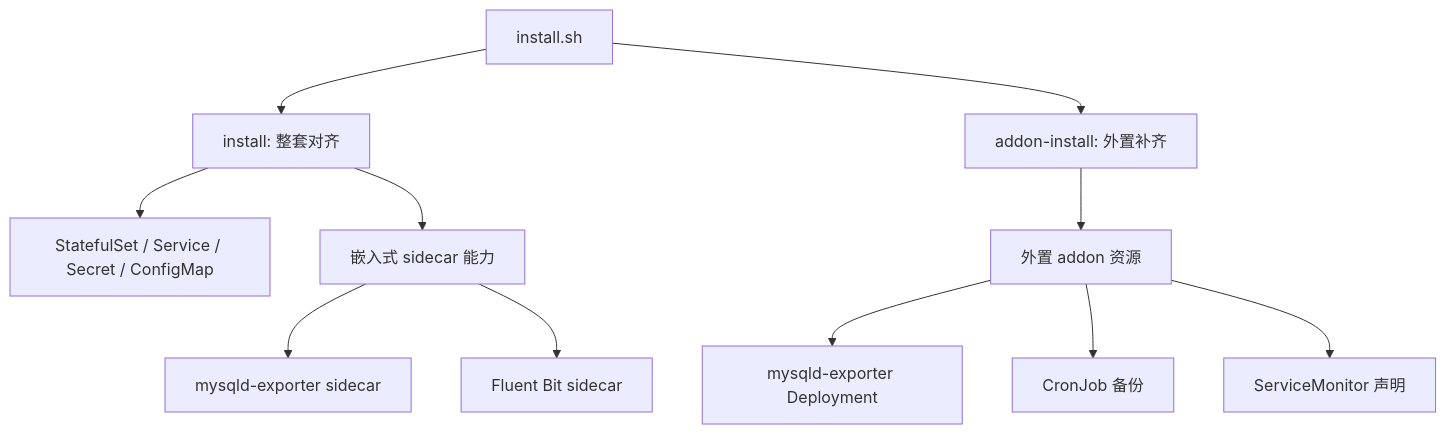
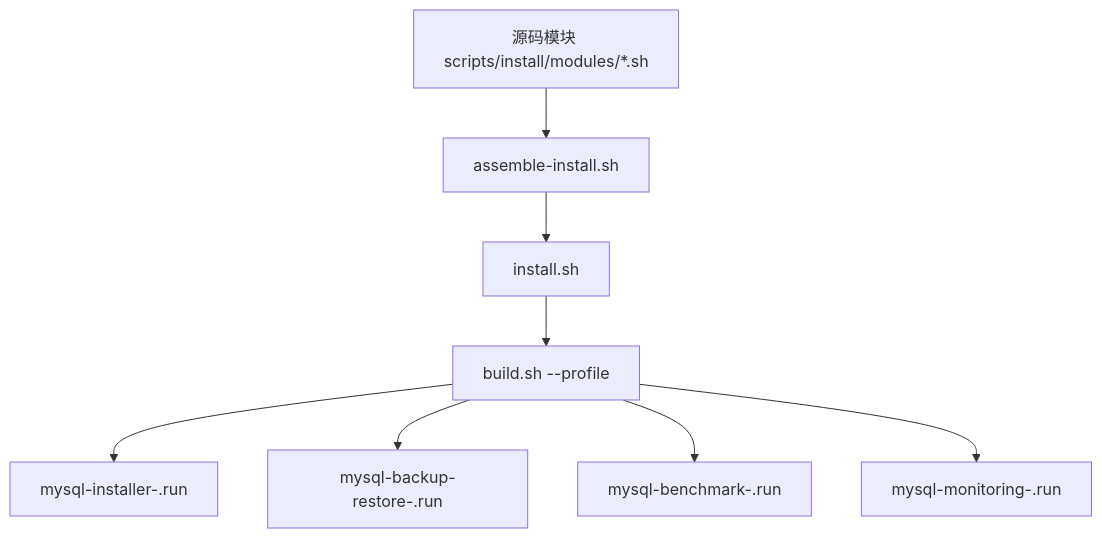
The first of 2 diagrams in docs/ARCHITECTURE.zh-CN.md (archinfra/apps_mysql), drawn with Mermaid before and after one commit. The commit also changed other lines of this file and 23 other files, not shown here.

````diff
--- a/docs/ARCHITECTURE.zh-CN.md
+++ b/docs/ARCHITECTURE.zh-CN.md
@@ -19,15 +16,10 @@
 ```mermaid
 flowchart TD
-    A["install.sh"] --> B["install: 整套对齐"]
-    A --> C["addon-install: 外置补齐"]
-
-    B --> D["StatefulSet / Service / Secret / ConfigMap"]
-    B --> E["嵌入式 sidecar 能力"]
-    E --> F["mysqld-exporter sidecar"]
-    E --> G["Fluent Bit sidecar"]
-
-    C --> H["外置 addon 资源"]
-    H --> I["mysqld-exporter Deployment"]
-    H --> J["CronJob 备份"]
-    H --> K["ServiceMonitor 声明"]
+    A["源码模块 scripts/install/modules/*.sh"] --> B["assemble-install.sh"]
+    B --> C["install.sh"]
+    C --> D["build.sh --profile"]
+    D --> E["mysql-installer-<arch>.run"]
+    D --> F["mysql-backup-restore-<arch>.run"]
+    D --> G["mysql-benchmark-<arch>.run"]
+    D --> H["mysql-monitoring-<arch>.run"]
 ```
````
